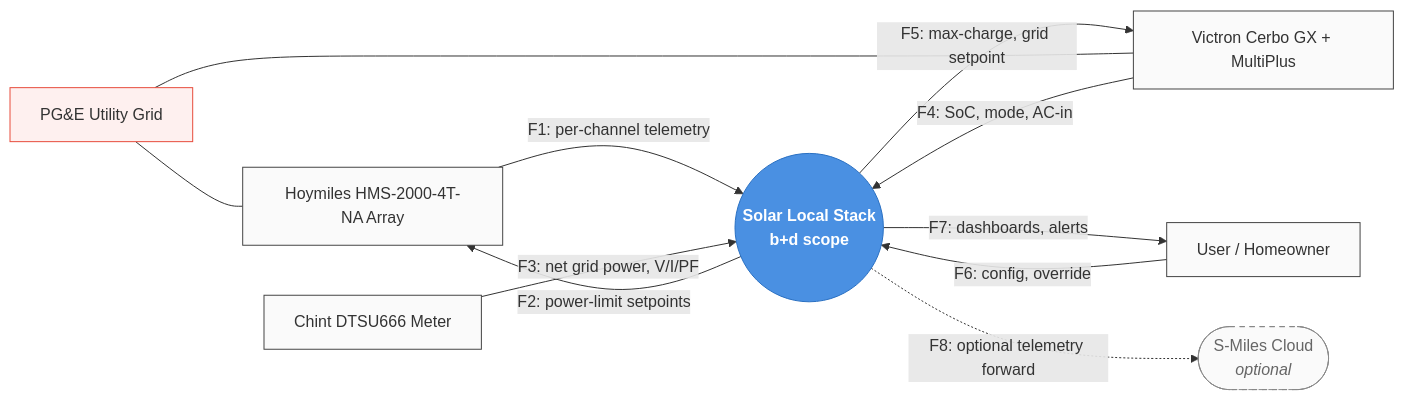
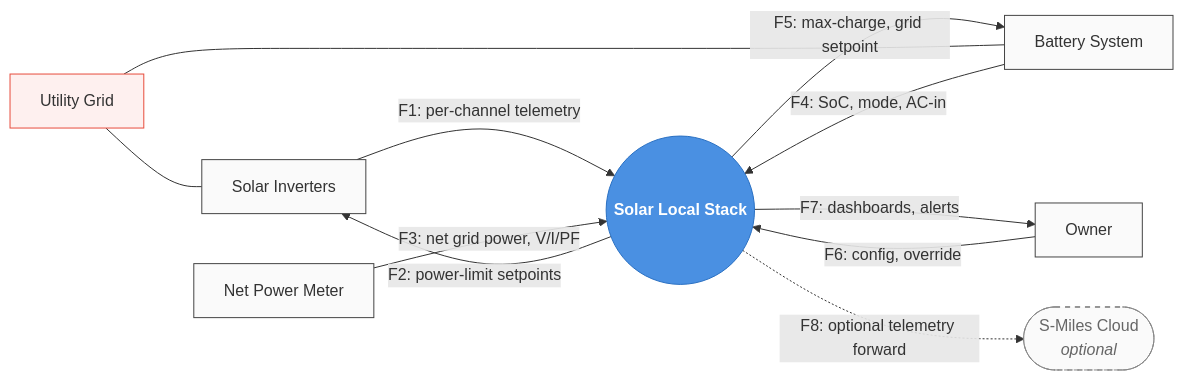
Before and after one commit to kglavin/hatley-pirbhai: the diagram in examples/solar/00-context/context.md, drawn with Mermaid. The commit also changed other lines of this file and 6 other files, not shown here.

````diff
--- a/examples/solar/00-context/context.md
+++ b/examples/solar/00-context/context.md
@@ -7,32 +7,32 @@
 ```mermaid
 graph LR
-    HM[Hoymiles HMS-2000-4T-NA Array]
-    CM[Chint DTSU666 Meter]
-    VX[Victron Cerbo GX + MultiPlus]
-    GRID[PG&E Utility Grid]
-    USR[User / Homeowner]
+    HM[Solar Inverters]
+    CM[Net Power Meter]
+    VX[Battery System]
+    GRID[Utility Grid]
+    USR[Owner]
     SMC([S-Miles Cloud<br/><i>optional</i>])
 
-    SYS(("Solar Local Stack<br/>b+d scope"))
+    SYS(("Solar Local Stack"))
 
     HM     -- "F1: per-channel telemetry"   --> SYS
     SYS    -- "F2: power-limit setpoints"   --> HM
     CM     -- "F3: net grid power, V/I/PF"  --> SYS
     VX     -- "F4: SoC, mode, AC-in"        --> SYS
     SYS    -- "F5: max-charge, grid setpoint" --> VX
     USR    -- "F6: config, override"        --> SYS
     SYS    -- "F7: dashboards, alerts"      --> USR
     SYS    -. "F8: optional telemetry forward" .-> SMC
 
     GRID --- HM
     GRID --- VX
 
     classDef system fill:#4a90e2,stroke:#2a70c2,color:#fff,font-weight:bold;
     classDef terminator fill:#fafafa,stroke:#444;
     classDef optional fill:#fafafa,stroke:#888,stroke-dasharray:5 5,color:#666;
     classDef grid fill:#fef0ef,stroke:#e74c3c;
     class SYS system;
     class HM,CM,VX,USR terminator;
     class SMC optional;
     class GRID grid;
 ```
````
